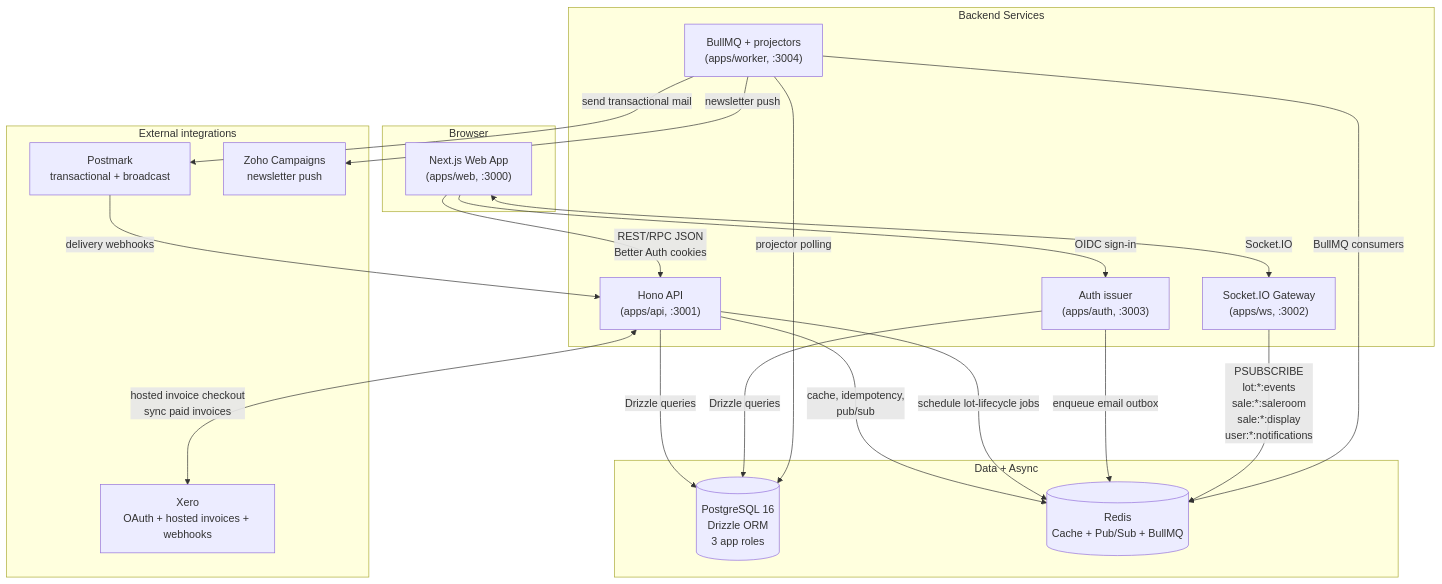
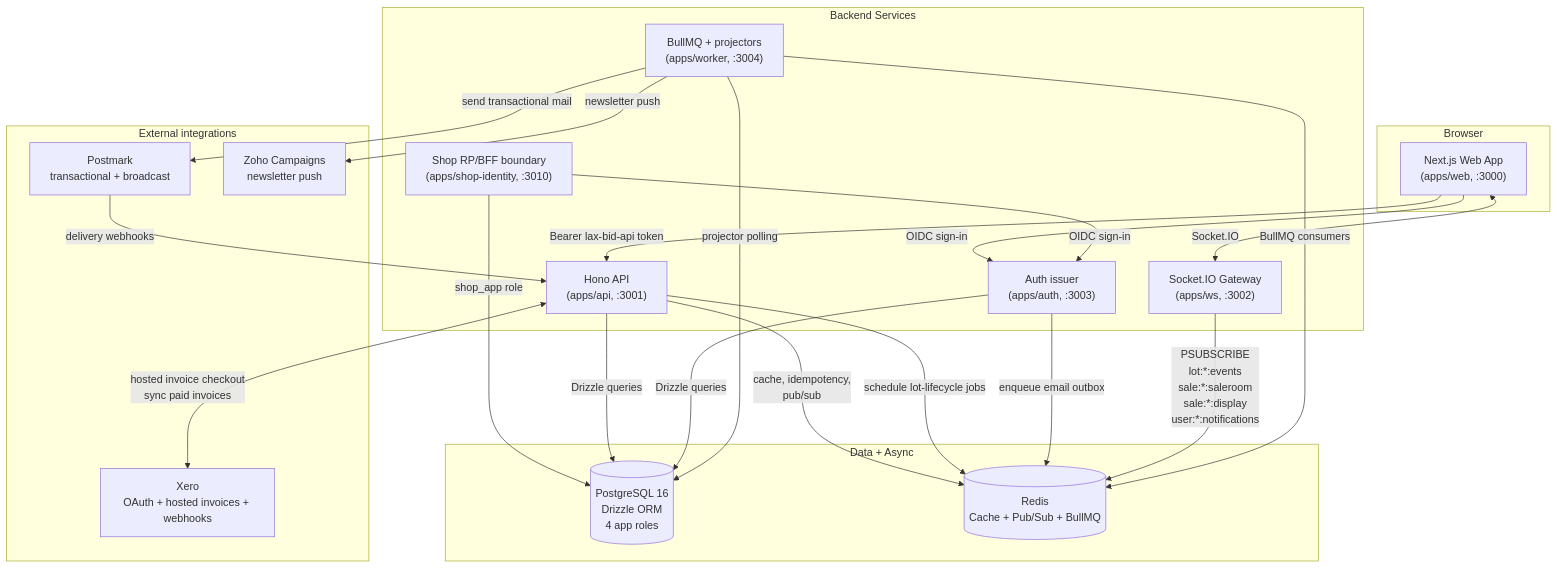
One commit to LAX-UK/monorepo changed the first of 8 diagrams in docs/DIAGRAMS.md. Above: the diagram before and after it, drawn with Mermaid. The commit also changed other lines of this file and 611 other files, not shown here.

First line of the commit message:
Harden LAX identity into a unified multi-platform OIDC boundary.

````diff
--- a/docs/DIAGRAMS.md
+++ b/docs/DIAGRAMS.md
@@ -11,40 +11,43 @@
 ```mermaid
 flowchart TB
     subgraph Client["Browser"]
         WEB["Next.js Web App<br/>(apps/web, :3000)"]
     end
 
     subgraph Backend["Backend Services"]
         API["Hono API<br/>(apps/api, :3001)"]
         AUTH["Auth issuer<br/>(apps/auth, :3003)"]
         WS["Socket.IO Gateway<br/>(apps/ws, :3002)"]
         WORKER["BullMQ + projectors<br/>(apps/worker, :3004)"]
+        SHOP["Shop RP/BFF boundary<br/>(apps/shop-identity, :3010)"]
     end
 
     subgraph Data["Data + Async"]
-        PG[("PostgreSQL 16<br/>Drizzle ORM<br/>3 app roles")]
+        PG[("PostgreSQL 16<br/>Drizzle ORM<br/>4 app roles")]
         REDIS[("Redis<br/>Cache + Pub/Sub + BullMQ")]
     end
 
     subgraph External["External integrations"]
         XERO["Xero<br/>OAuth + hosted invoices + webhooks"]
         POSTMARK["Postmark<br/>transactional + broadcast"]
         ZOHO_C["Zoho Campaigns<br/>newsletter push"]
     end
 
-    WEB -->|"REST/RPC JSON<br/>Better Auth cookies"| API
+    WEB -->|"Bearer lax-bid-api token"| API
     WEB -->|"OIDC sign-in"| AUTH
+    SHOP -->|"OIDC sign-in"| AUTH
+    SHOP -->|"shop_app role"| PG
     WEB <-->|"Socket.IO"| WS
     API -->|"Drizzle queries"| PG
     AUTH -->|"Drizzle queries"| PG
     API -->|"cache, idempotency,<br/>pub/sub"| REDIS
     API -->|"schedule lot-lifecycle jobs"| REDIS
     AUTH -->|"enqueue email outbox"| REDIS
     WS -->|"PSUBSCRIBE<br/>lot:*:events<br/>sale:*:saleroom<br/>sale:*:display<br/>user:*:notifications"| REDIS
     WORKER -->|"BullMQ consumers"| REDIS
     WORKER -->|"projector polling"| PG
     API <-->|"hosted invoice checkout<br/>sync paid invoices"| XERO
     WORKER -->|"send transactional mail"| POSTMARK
     POSTMARK -->|"delivery webhooks"| API
     WORKER -->|"newsletter push"| ZOHO_C
 ```
````
